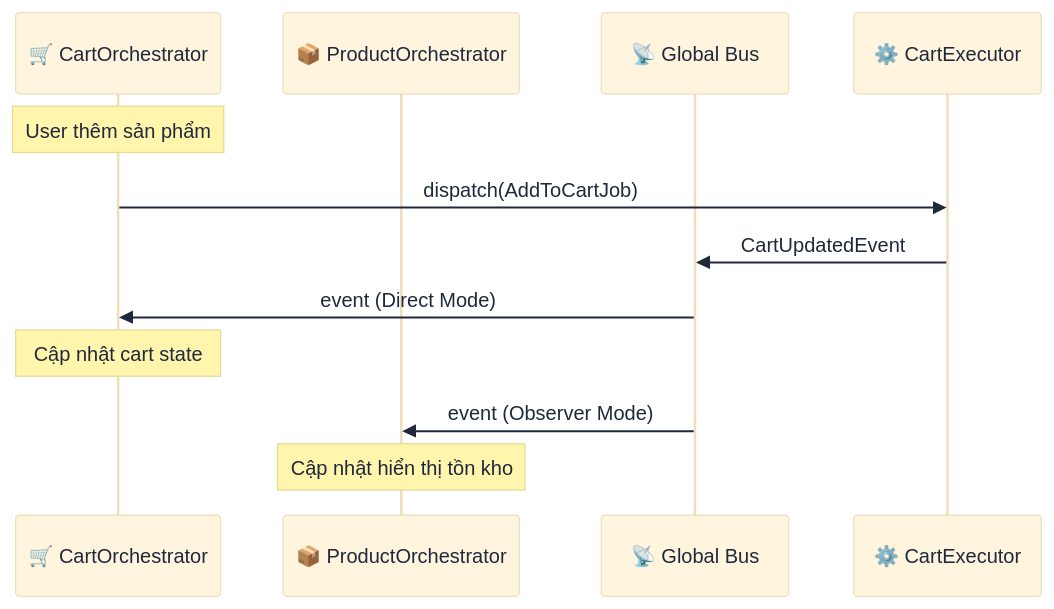
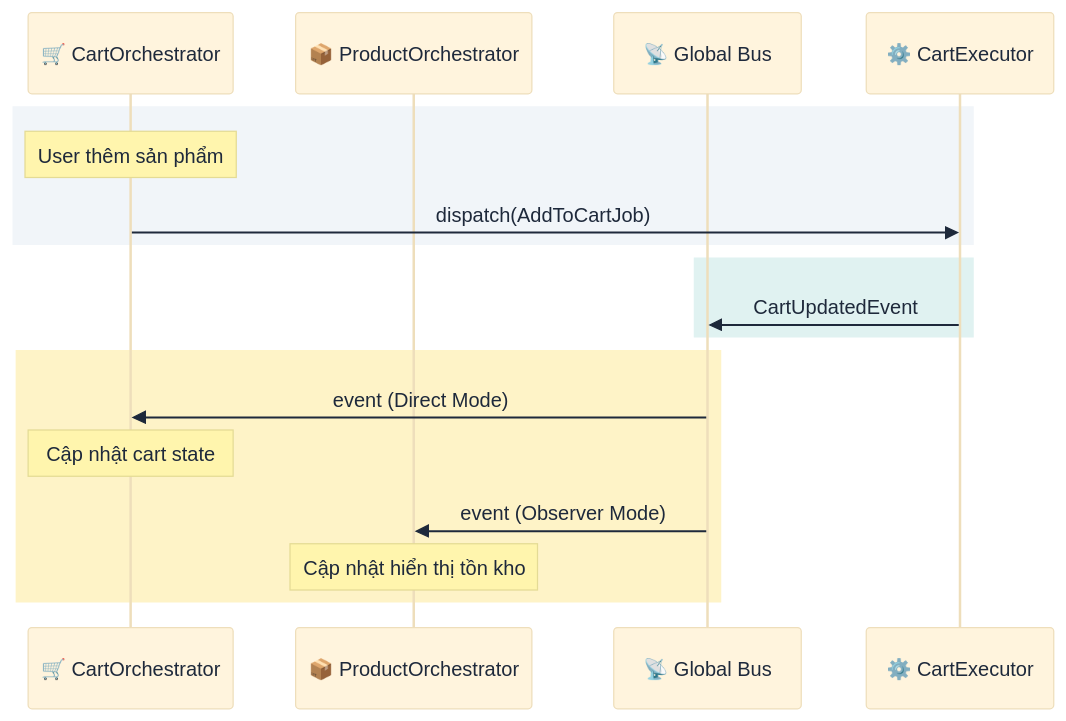
The eighth of 12 diagrams in book/vi/chapters/06_case_study.md (lploc94/flutter_orchestrator), drawn with Mermaid before and after one commit. The commit also changed other lines of this file and 5 other files, not shown here.

First line of the commit message:
docs(book): finalize beautification of all Mermaid diagrams

````diff
--- a/book/vi/chapters/06_case_study.md
+++ b/book/vi/chapters/06_case_study.md
@@ -264,18 +271,25 @@
 ```mermaid
 %%{init: {'theme': 'base', 'themeVariables': { 'primaryTextColor': '#1e293b', 'noteTextColor': '#1e293b', 'actorTextColor': '#1e293b' }}}%%
 sequenceDiagram
     participant Cart as 🛒 CartOrchestrator
     participant Product as 📦 ProductOrchestrator
     participant Bus as 📡 Global Bus
     participant Exec as ⚙️ CartExecutor
     
-    Note over Cart: User thêm sản phẩm
-    Cart->>Exec: dispatch(AddToCartJob)
-    Exec->>Bus: CartUpdatedEvent
+    rect rgb(241, 245, 249)
+        Note over Cart: User thêm sản phẩm
+        Cart->>Exec: dispatch(AddToCartJob)
+    end
     
-    Bus->>Cart: event (Direct Mode)
-    Note over Cart: Cập nhật cart state
+    rect rgb(224, 242, 241)
+        Exec->>Bus: CartUpdatedEvent
+    end
     
-    Bus->>Product: event (Observer Mode)
-    Note over Product: Cập nhật hiển thị tồn kho
+    rect rgb(254, 243, 199)
+        Bus->>Cart: event (Direct Mode)
+        Note over Cart: Cập nhật cart state
+        
+        Bus->>Product: event (Observer Mode)
+        Note over Product: Cập nhật hiển thị tồn kho
+    end
 ```
````
